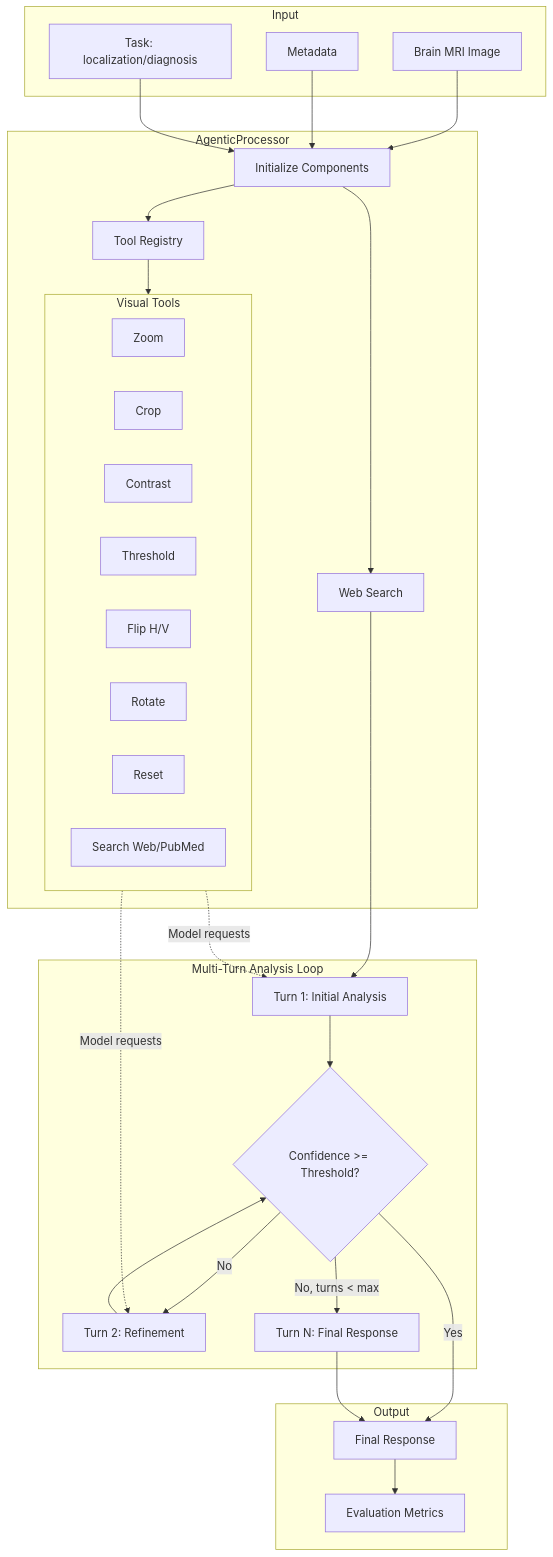
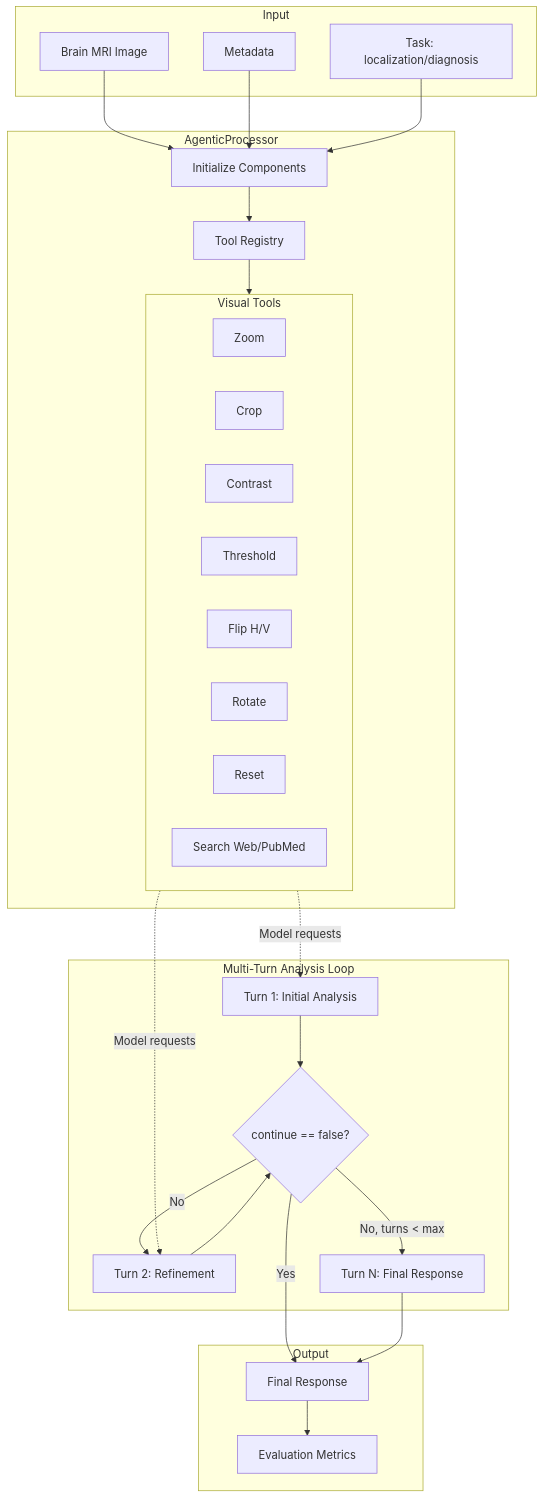
Before and after one commit to liamchalcroft/gaze: the first of 2 diagrams in examples/nova/docs/agentic_workflow.md, drawn with Mermaid. The commit also changed other lines of this file and 12 other files, not shown here.

````diff
--- a/examples/nova/docs/agentic_workflow.md
+++ b/examples/nova/docs/agentic_workflow.md
@@ -7,59 +7,54 @@
 ```mermaid
 flowchart TD
     subgraph Input
         IMG[Brain MRI Image]
         META[Metadata]
         TASK[Task: localization/diagnosis]
     end
 
     subgraph AgenticProcessor
         INIT[Initialize Components]
         TR[Tool Registry]
-        WS[Web Search]
 
         subgraph Tools[Visual Tools]
             ZOOM[Zoom]
             CROP[Crop]
             CONTRAST[Contrast]
             THRESHOLD[Threshold]
             FLIP[Flip H/V]
             ROTATE[Rotate]
             RESET[Reset]
             SEARCH[Search Web/PubMed]
         end
     end
 
     subgraph MultiTurnLoop[Multi-Turn Analysis Loop]
         T1[Turn 1: Initial Analysis]
         T2[Turn 2: Refinement]
         TN[Turn N: Final Response]
-        CHECK{Confidence >= Threshold?}
+        CHECK{continue == false?}
     end
 
     subgraph Output
         RESP[Final Response]
         EVAL[Evaluation Metrics]
     end
 
     IMG --> INIT
     META --> INIT
     TASK --> INIT
 
     INIT --> TR
     TR --> Tools
-
-    INIT --> WS
-
-    WS --> T1
     T1 --> CHECK
     CHECK -->|No| T2
     T2 --> CHECK
     CHECK -->|No, turns < max| TN
     CHECK -->|Yes| RESP
     TN --> RESP
 
     Tools -.->|Model requests| T1
     Tools -.->|Model requests| T2
 
     RESP --> EVAL
 ```
````
